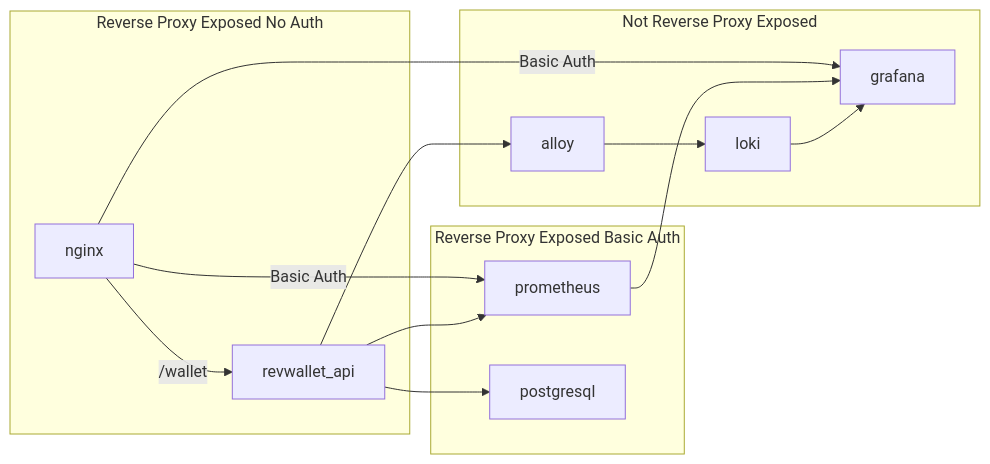
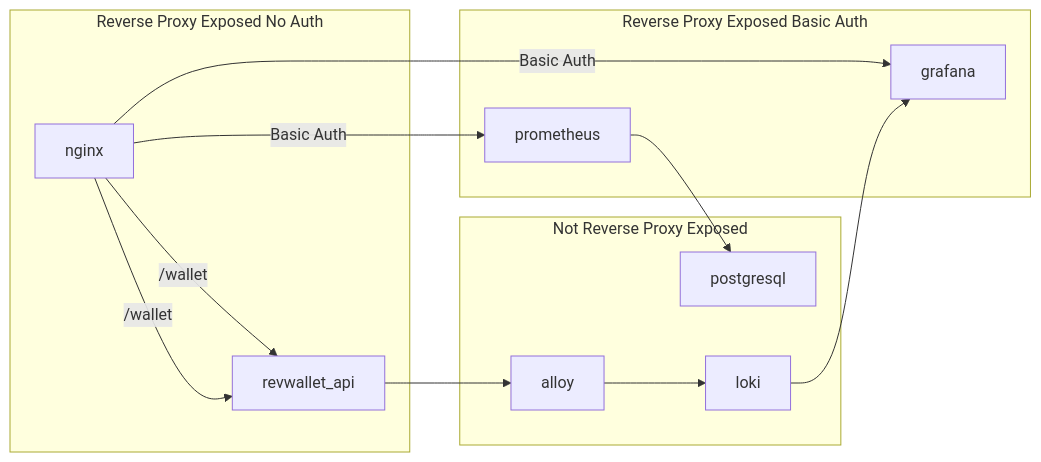
The diagram in README.md (arthurjguerra/revwallet), drawn with Mermaid before and after one commit.

Commit message:
feat: add arch diagram

````diff
--- a/README.md
+++ b/README.md
@@ -6,18 +6,17 @@
 ```mermaid
 flowchart LR
-  nginx -- Basic Auth --> grafana
-  nginx -- Basic Auth --> prometheus
+  nginx -- /wallet --> revwallet_api
   subgraph Reverse Proxy Exposed No Auth
-    nginx -- /wallet --> revwallet_api
+     nginx -- /wallet --> revwallet_api
   end
   subgraph Reverse Proxy Exposed Basic Auth
-    revwallet_api --> postgresql
-    revwallet_api --> prometheus
+    nginx -- Basic Auth --> grafana
+    nginx -- Basic Auth --> prometheus
   end
   subgraph Not Reverse Proxy Exposed
     revwallet_api --> alloy
-    prometheus --> grafana
+    prometheus --> postgresql
     alloy --> loki
     loki --> grafana
   end
 ```
````
